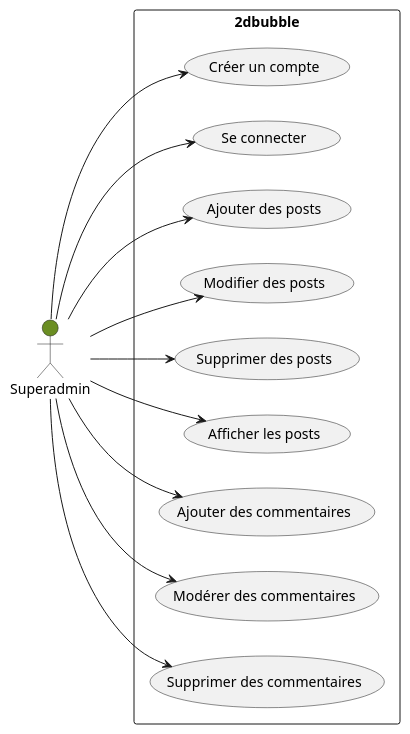
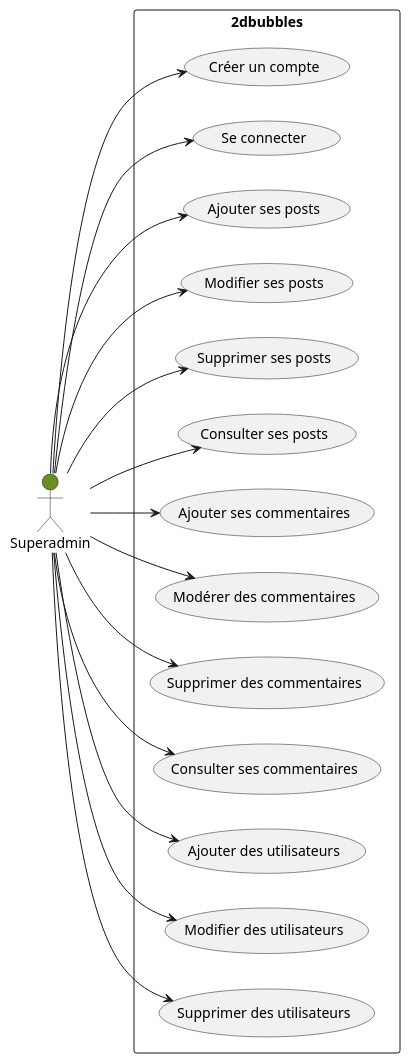
The diagram in diagrammes-uml/UserCase/UserSuperAdmin.puml (laurasullyalexandrine/the2dbubbles), drawn with PlantUML before and after one commit. The commit also changed other lines of this file and 2 other files, not shown here.

Commit message:
update the UserCase diagrams User IserAdmin and UserSuperAdmin

```diff
--- a/diagrammes-uml/UserCase/UserSuperAdmin.puml
+++ b/diagrammes-uml/UserCase/UserSuperAdmin.puml
@@ -2,29 +1,37 @@
 @startuml Superadmin
 
 left to right direction
 
 actor "Superadmin" as Superadmin #OliveDrab
 
-rectangle 2dbubble{
+rectangle 2dbubbles{
   usecase "Créer un compte" as UC1
   usecase "Se connecter" as UC2
-  usecase "Ajouter des posts" as UC3
-  usecase "Modifier des posts" as UC4
-  usecase "Supprimer des posts" as UC5
-  usecase "Afficher les posts" as UC6
-  usecase "Ajouter des commentaires" as UC7
+  usecase "Ajouter ses posts" as UC3
+  usecase "Modifier ses posts" as UC4
+  usecase "Supprimer ses posts" as UC5
+  usecase "Consulter ses posts" as UC6
+  usecase "Ajouter ses commentaires" as UC7
   usecase "Modérer des commentaires" as UC8
   usecase "Supprimer des commentaires" as UC9
+  usecase "Consulter ses commentaires" as UC10
+  usecase "Ajouter des utilisateurs" as UC11
+  usecase "Modifier des utilisateurs" as UC12
+  usecase "Supprimer des utilisateurs" as UC13
 }
 
 Superadmin --> UC1
 Superadmin --> UC2
 Superadmin --> UC3
 Superadmin --> UC4
 Superadmin --> UC5
 Superadmin --> UC6
 Superadmin --> UC7
 Superadmin --> UC8
 Superadmin --> UC9
+Superadmin --> UC10
+Superadmin --> UC11
+Superadmin --> UC12
+Superadmin --> UC13
 
 @enduml
```
